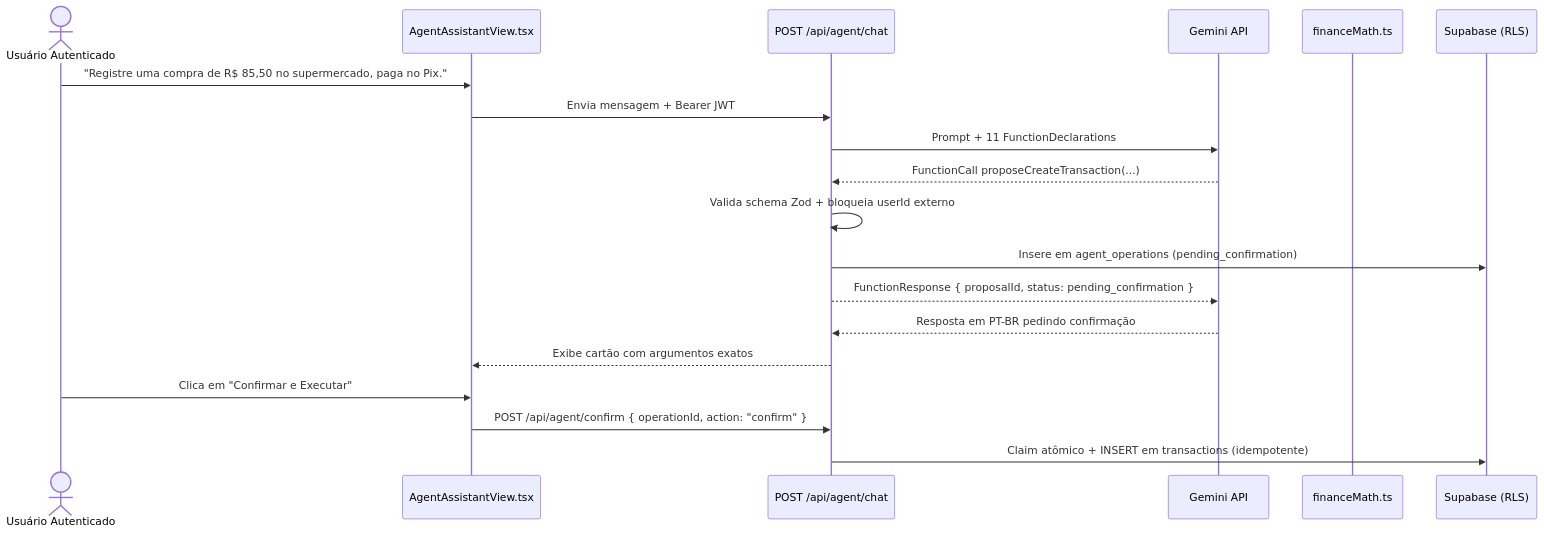
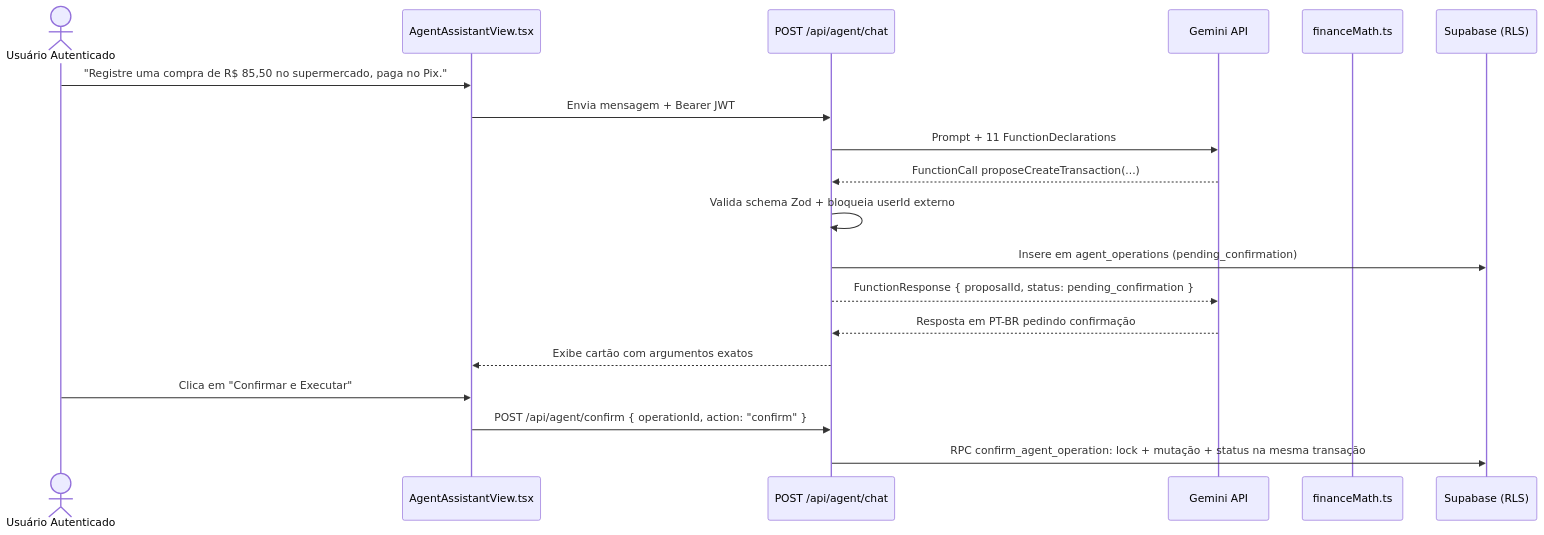
The diagram in docs/AGENT.md (RHU4N/aconchego-financeiro), drawn with Mermaid before and after one commit. The commit also changed other lines of this file and 30 other files, not shown here.

````diff
--- a/docs/AGENT.md
+++ b/docs/AGENT.md
@@ -9,22 +9,22 @@
 ```mermaid
 sequenceDiagram
   actor User as Usuário Autenticado
   participant UI as AgentAssistantView.tsx
   participant API as POST /api/agent/chat
   participant Gemini as Gemini API
   participant Math as financeMath.ts
   participant DB as Supabase (RLS)
 
   User->>UI: "Registre uma compra de R$ 85,50 no supermercado, paga no Pix."
   UI->>API: Envia mensagem + Bearer JWT
   API->>Gemini: Prompt + 11 FunctionDeclarations
   Gemini-->>API: FunctionCall proposeCreateTransaction(...)
   API->>API: Valida schema Zod + bloqueia userId externo
   API->>DB: Insere em agent_operations (pending_confirmation)
   API-->>Gemini: FunctionResponse { proposalId, status: pending_confirmation }
   Gemini-->>API: Resposta em PT-BR pedindo confirmação
   API-->>UI: Exibe cartão com argumentos exatos
   User->>UI: Clica em "Confirmar e Executar"
   UI->>API: POST /api/agent/confirm { operationId, action: "confirm" }
-  API->>DB: Claim atômico + INSERT em transactions (idempotente)
+  API->>DB: RPC confirm_agent_operation: lock + mutação + status na mesma transação
 ```
````
